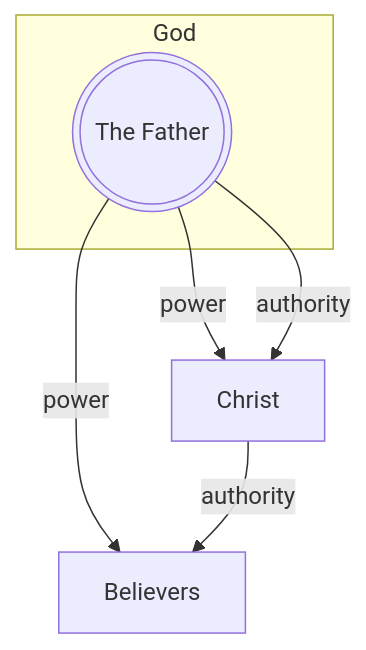
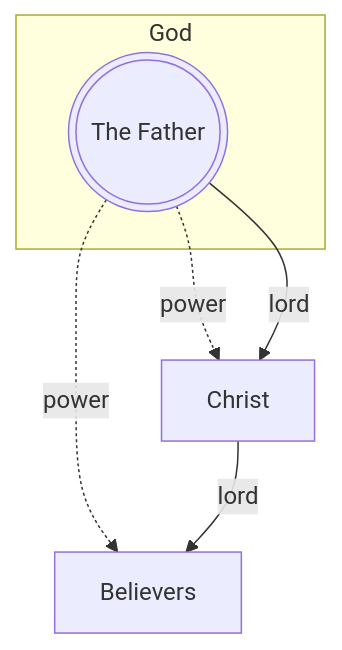
Before and after one commit to life-and-dev/son: the first of 7 diagrams in trinity.md, drawn with Mermaid. The commit also changed other lines of this file and 1 other file, not shown here.

````diff
--- a/trinity.md
+++ b/trinity.md
@@ -53,10 +53,10 @@
 ```mermaid
 graph TD
     subgraph God
         Father(((The Father)))
     end
-    Father -- power --> Christ
-    Father -- authority --> Christ
-    Father -- power --> Believers
-    Christ -- authority --> Believers
+    Father -.->|power| Christ
+    Father -- lord --> Christ
+    Father -.->|power| Believers
+    Christ -- lord --> Believers
 ```
````
